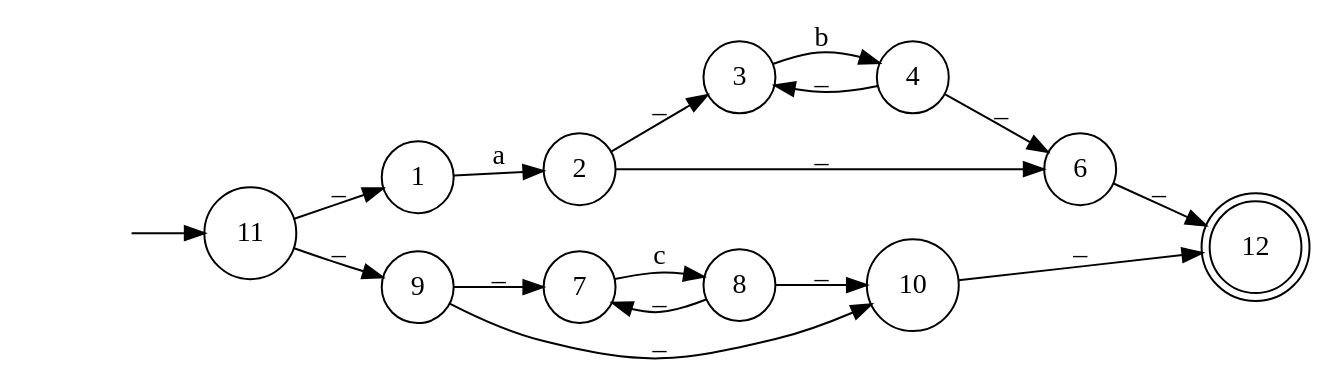
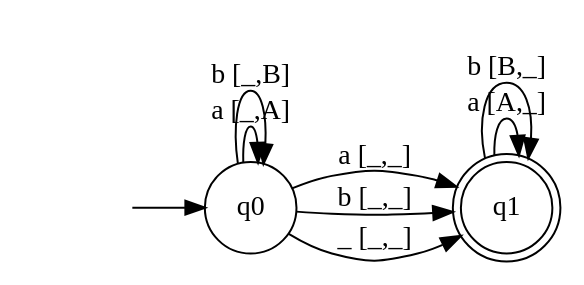
Before and after one commit to arjen0203/AutomataReader: the diagram in Automate Picture/AutomataPicture.dot, drawn with Graphviz. The commit also changed 20 other files, not shown here.

```diff
--- a/Automate Picture/AutomataPicture.dot
+++ b/Automate Picture/AutomataPicture.dot
@@ -1,32 +1,15 @@
 digraph myAutomaton { 
 rankdir=LR; 
 "" [shape=none] 
-"11" [shape=circle] 
-"1" [shape=circle] 
-"2" [shape=circle] 
-"3" [shape=circle] 
-"4" [shape=circle] 
-"6" [shape=circle] 
-"9" [shape=circle] 
-"7" [shape=circle] 
-"8" [shape=circle] 
-"10" [shape=circle] 
-"12" [shape=doublecircle] 
+"q0" [shape=circle] 
+"q1" [shape=doublecircle] 
 
-"" -> "11" 
-"11" -> "1" [label="_"] 
-"11" -> "9" [label="_"] 
-"1" -> "2" [label="a"] 
-"2" -> "3" [label="_"] 
-"2" -> "6" [label="_"] 
-"3" -> "4" [label="b"] 
-"4" -> "3" [label="_"] 
-"4" -> "6" [label="_"] 
-"6" -> "12" [label="_"] 
-"9" -> "7" [label="_"] 
-"9" -> "10" [label="_"] 
-"7" -> "8" [label="c"] 
-"8" -> "7" [label="_"] 
-"8" -> "10" [label="_"] 
-"10" -> "12" [label="_"] 
+"" -> "q0" 
+"q0" -> "q0" [label="a [_,A]"] 
+"q0" -> "q0" [label="b [_,B]"] 
+"q0" -> "q1" [label="a [_,_]"] 
+"q0" -> "q1" [label="b [_,_]"] 
+"q0" -> "q1" [label="_ [_,_]"] 
+"q1" -> "q1" [label="a [A,_]"] 
+"q1" -> "q1" [label="b [B,_]"] 
 }
```
